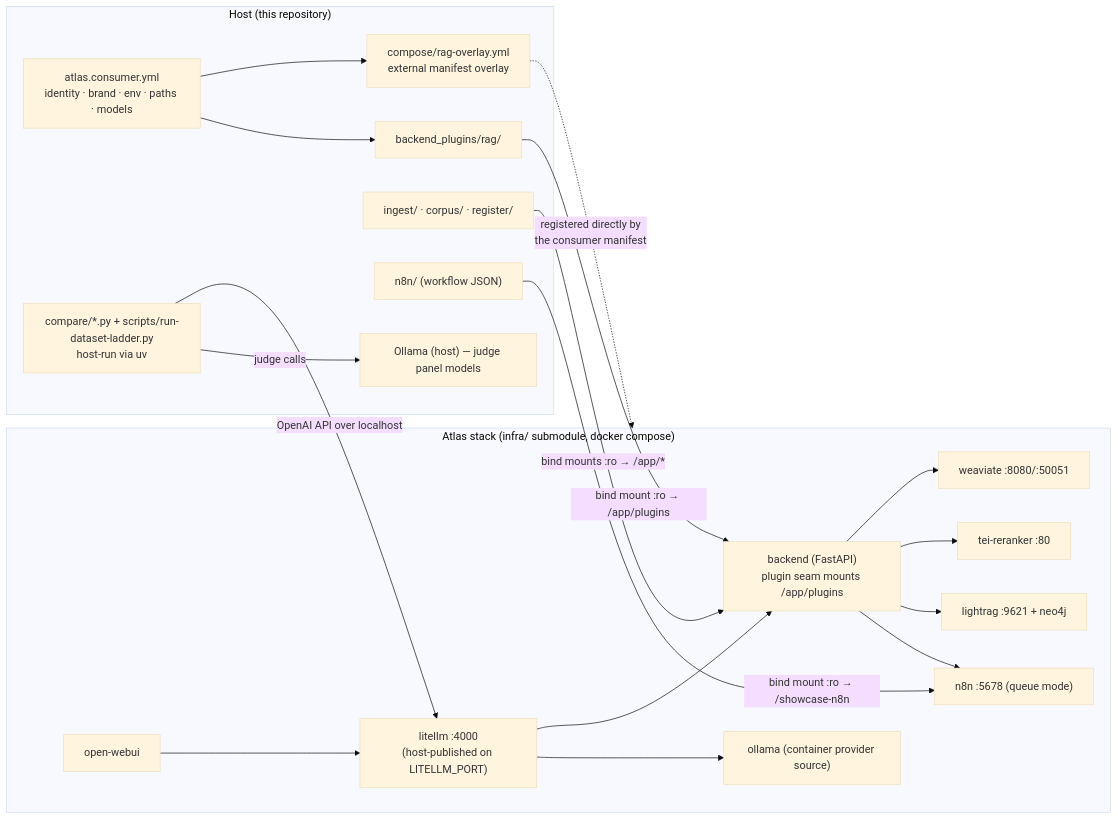
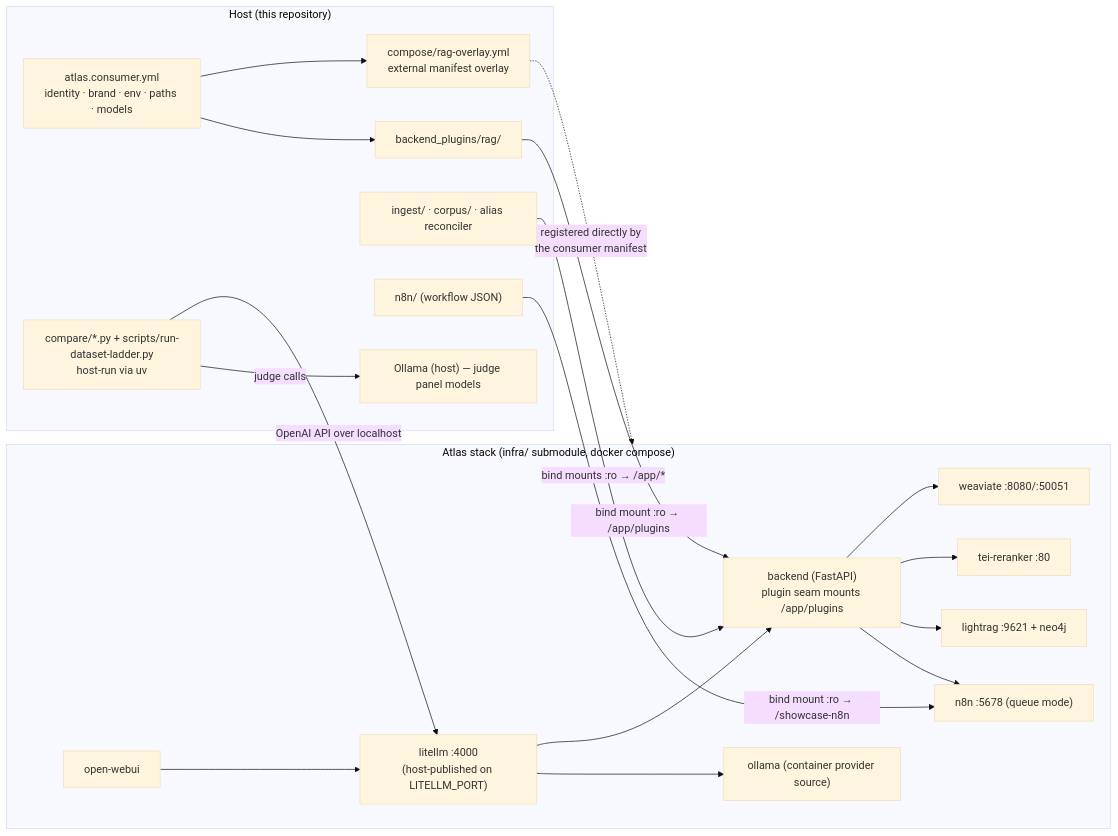
The second of 2 diagrams in docs/architecture.md (thekaveh/rag-showcase), drawn with Mermaid (base theme) before and after one commit. The commit also changed other lines of this file and 23 other files, not shown here.

````diff
--- a/docs/architecture.md
+++ b/docs/architecture.md
@@ -139,37 +139,37 @@
 ```mermaid
 flowchart LR
     subgraph host["Host (this repository)"]
         manifest["atlas.consumer.yml<br/>identity · brand · env · paths · models"]
         overlay["compose/rag-overlay.yml<br/>external manifest overlay"]
         plugdir["backend_plugins/rag/"]
-        tooling["ingest/ · corpus/ · register/"]
+        tooling["ingest/ · corpus/ · alias reconciler"]
         n8ndir["n8n/ (workflow JSON)"]
         harness["compare/*.py + scripts/run-dataset-ladder.py<br/>host-run via uv"]
         ollamahost["Ollama (host) — judge panel models"]
     end
 
     manifest --> overlay
     manifest --> plugdir
 
     subgraph atlas["Atlas stack (infra/ submodule, docker compose)"]
         backend["backend (FastAPI)<br/>plugin seam mounts /app/plugins"]
         litellm["litellm :4000<br/>(host-published on LITELLM_PORT)"]
         owui["open-webui"]
         weaviate["weaviate :8080/:50051"]
         tei["tei-reranker :80"]
         lightrag["lightrag :9621 + neo4j"]
         n8n["n8n :5678 (queue mode)"]
         ollama["ollama (container provider source)"]
     end
 
     overlay -. "registered directly by<br/>the consumer manifest" .-> atlas
     plugdir -- "bind mount :ro → /app/plugins" --> backend
     tooling -- "bind mounts :ro → /app/*" --> backend
     n8ndir -- "bind mount :ro → /showcase-n8n" --> n8n
     harness -- "OpenAI API over localhost" --> litellm
     harness -- "judge calls" --> ollamahost
     owui --> litellm
     litellm --> backend
     backend --> weaviate & tei & lightrag & n8n
     litellm --> ollama
 ```
````
